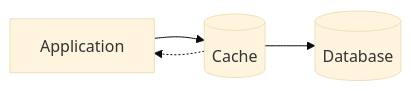
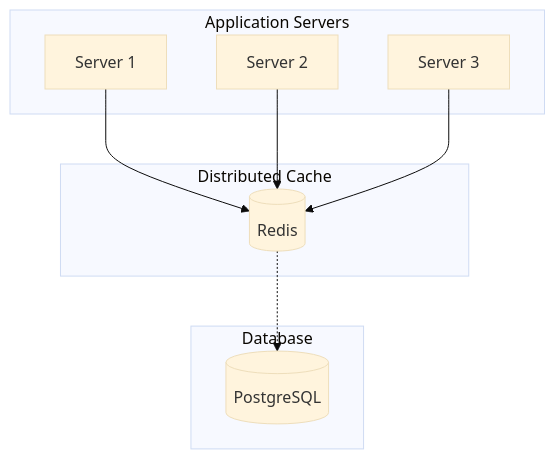
One commit to spawn08/system-design-interview changed the second of 8 diagrams in basics/caching.md. Above: the diagram before and after it, drawn with Mermaid (base theme). The commit also changed other lines of this file and 4 other files, not shown here.

````diff
--- a/basics/caching.md
+++ b/basics/caching.md
@@ -187,6 +260,21 @@
 ```mermaid
-flowchart LR
-    App[Application] --> Cache[(Cache)]
-    Cache --> DB[(Database)]
-    Cache -.-> App
+flowchart TD
+    subgraph Servers [Application Servers]
+        S1[Server 1]
+        S2[Server 2]
+        S3[Server 3]
+    end
+    
+    subgraph Cache [Distributed Cache]
+        Redis[(Redis)]
+    end
+    
+    subgraph Database [Database]
+        DB[(PostgreSQL)]
+    end
+    
+    S1 --> Redis
+    S2 --> Redis
+    S3 --> Redis
+    Redis -.-> DB
 ```
````
